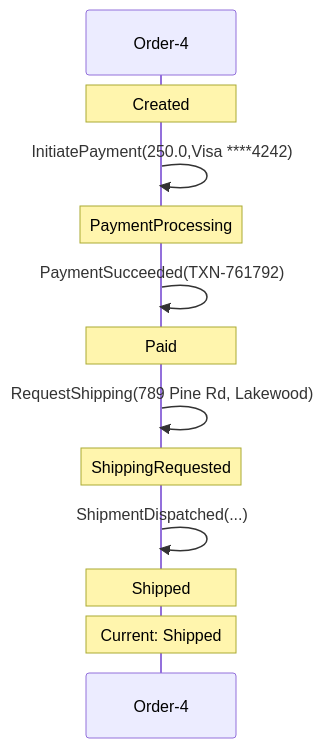
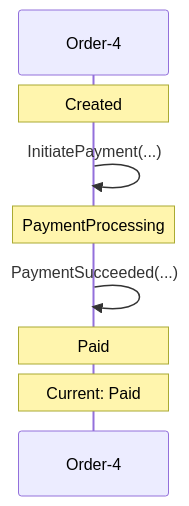
Before and after one commit to Iterable/mechanoid: the second of 3 diagrams in docs/visualizations/order-4-trace.md, drawn with Mermaid. The commit also changed other lines of this file and 52 other files, not shown here.

````diff
--- a/docs/visualizations/order-4-trace.md
+++ b/docs/visualizations/order-4-trace.md
@@ -60,14 +45,10 @@
 ```mermaid
 sequenceDiagram
     participant FSM as Order-4
     Note over FSM: Created
-    FSM->>FSM: InitiatePayment(250.0,Visa ****4242)
+    FSM->>FSM: InitiatePayment(...)
     Note over FSM: PaymentProcessing
-    FSM->>FSM: PaymentSucceeded(TXN-761792)
+    FSM->>FSM: PaymentSucceeded(...)
     Note over FSM: Paid
-    FSM->>FSM: RequestShipping(789 Pine Rd, Lakewood)
-    Note over FSM: ShippingRequested
-    FSM->>FSM: ShipmentDispatched(...)
-    Note over FSM: Shipped
-    Note over FSM: Current: Shipped
+    Note over FSM: Current: Paid
 ```
````
